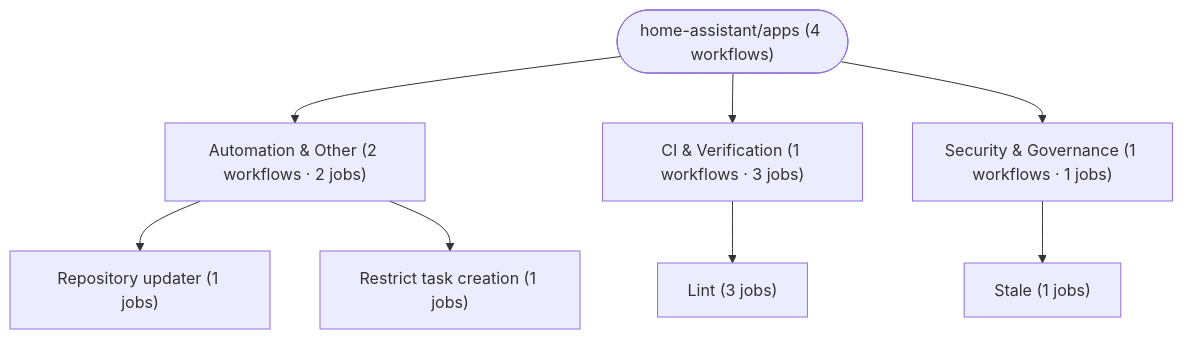
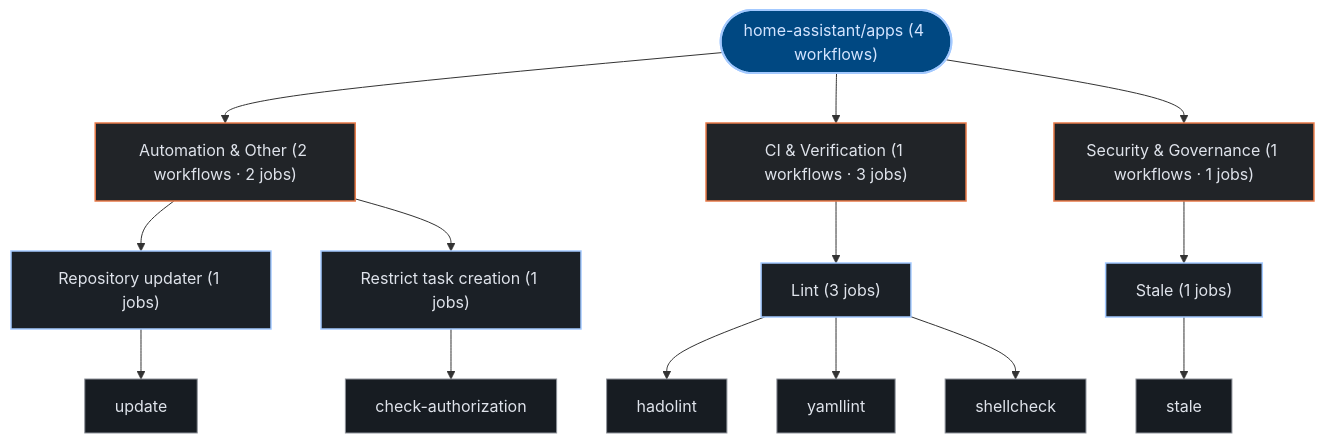
The third of 3 diagrams in exports/latest/reports/home-assistant-apps-report.md (kumarshaz/atruss-code-atlas), drawn with Mermaid before and after one commit. The commit also changed other lines of this file and 331 other files, not shown here.

Commit message:
docs,ui,fix: update SDLC docs, reorder CI/CD DAG first, stylize Mermaid, and fix Arc42 pipeline topology

````diff
--- a/exports/latest/reports/home-assistant-apps-report.md
+++ b/exports/latest/reports/home-assistant-apps-report.md
@@ -115,18 +126,37 @@
 ```mermaid
 graph TD;
-  pipeline_root(["home-assistant/apps (4 workflows)"])
-  grp_0_Automation___Other["Automation & Other (2 workflows · 2 jobs)"]
+  classDef atlasRoot fill:#004882,stroke:#a3c9ff,stroke-width:2px,color:#d3e4ff
+  classDef atlasCategory fill:#212428,stroke:#E87A48,stroke-width:1.5px,color:#dfe3eb
+  classDef atlasWorkflow fill:#1b2026,stroke:#a3c9ff,stroke-width:1.5px,color:#dfe3eb
+  classDef atlasJob fill:#171c22,stroke:#8d9199,stroke-width:1px,color:#dfe3eb
+  classDef atlasTarget fill:#005227,stroke:#8bd99b,stroke-width:1.5px,color:#a7f6b6
+  classDef atlasAlert fill:#93000a,stroke:#ffb4ab,stroke-width:1.5px,color:#ffdad6
+  classDef atlasMore fill:#252a31,stroke:#8d9199,stroke-dasharray:4 4,color:#c3c6cf
+  pipeline_root(["home-assistant/apps (4 workflows)"]):::atlasRoot
+  grp_0_Automation___Other["Automation & Other (2 workflows · 2 jobs)"]:::atlasCategory
   pipeline_root --> grp_0_Automation___Other
-  wf_1_Repository_updater["Repository updater (1 jobs)"]
+  wf_1_Repository_updater["Repository updater (1 jobs)"]:::atlasWorkflow
   grp_0_Automation___Other --> wf_1_Repository_updater
-  wf_2_Restrict_task_creation["Restrict task creation (1 jobs)"]
+  job_1_update["update"]:::atlasJob
+  wf_1_Repository_updater --> job_1_update
+  wf_2_Restrict_task_creation["Restrict task creation (1 jobs)"]:::atlasWorkflow
   grp_0_Automation___Other --> wf_2_Restrict_task_creation
-  grp_1_CI___Verification["CI & Verification (1 workflows · 3 jobs)"]
+  job_2_check_authorization["check-authorization"]:::atlasJob
+  wf_2_Restrict_task_creation --> job_2_check_authorization
+  grp_1_CI___Verification["CI & Verification (1 workflows · 3 jobs)"]:::atlasCategory
   pipeline_root --> grp_1_CI___Verification
-  wf_0_Lint["Lint (3 jobs)"]
+  wf_0_Lint["Lint (3 jobs)"]:::atlasWorkflow
   grp_1_CI___Verification --> wf_0_Lint
-  grp_2_Security___Governance["Security & Governance (1 workflows · 1 jobs)"]
+  job_0_hadolint["hadolint"]:::atlasJob
+  job_0_yamllint["yamllint"]:::atlasJob
+  job_0_shellcheck["shellcheck"]:::atlasJob
+  wf_0_Lint --> job_0_hadolint
+  wf_0_Lint --> job_0_yamllint
+  wf_0_Lint --> job_0_shellcheck
+  grp_2_Security___Governance["Security & Governance (1 workflows · 1 jobs)"]:::atlasCategory
   pipeline_root --> grp_2_Security___Governance
-  wf_3_Stale["Stale (1 jobs)"]
+  wf_3_Stale["Stale (1 jobs)"]:::atlasWorkflow
   grp_2_Security___Governance --> wf_3_Stale
+  job_3_stale["stale"]:::atlasJob
+  wf_3_Stale --> job_3_stale
 ```
````
